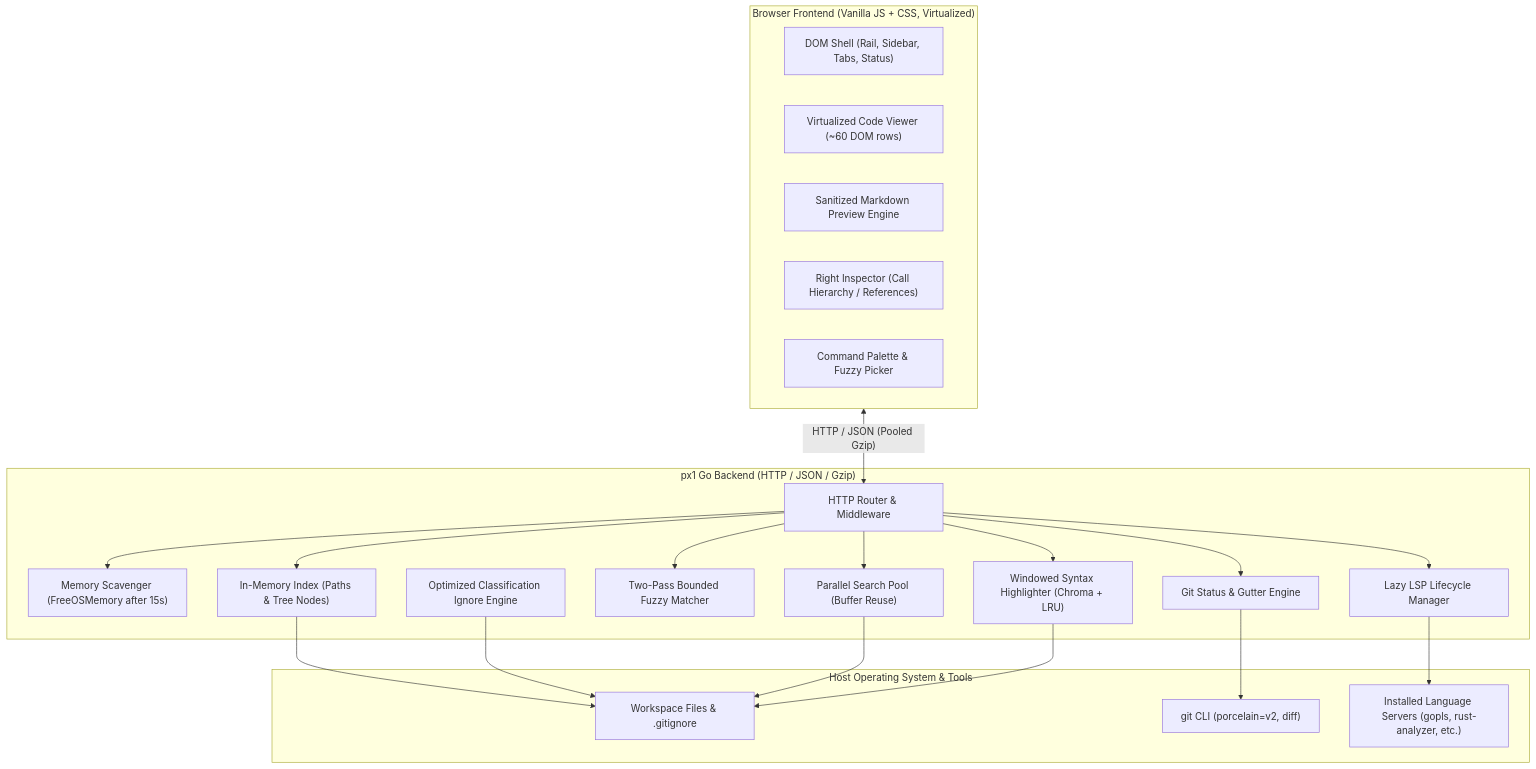
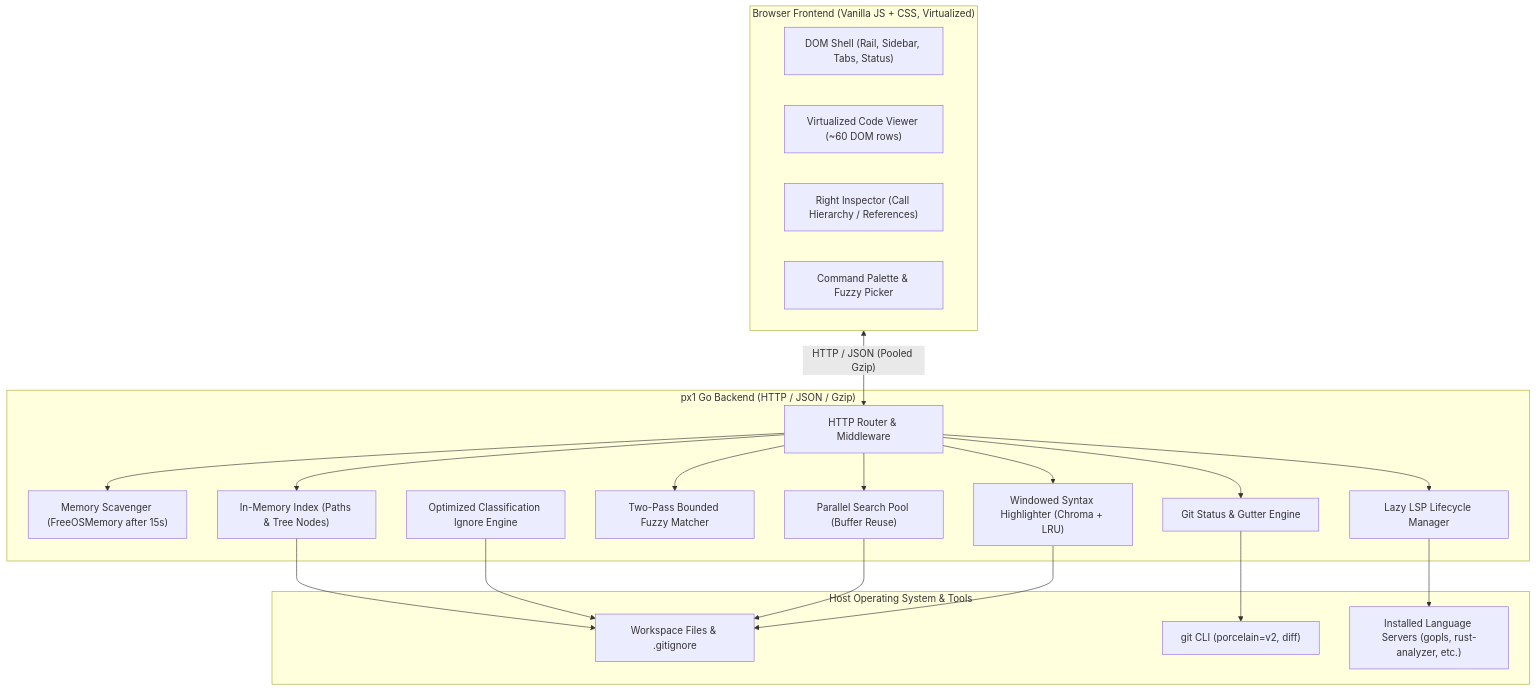
One commit to kedarvartak/px1 changed the diagram in docs/internals/README.md. Above: the diagram before and after it, drawn with Mermaid. The commit also changed other lines of this file and 26 other files, not shown here.

Commit message:
Remove Markdown preview from review surface

````diff
--- a/docs/internals/README.md
+++ b/docs/internals/README.md
@@ -9,44 +9,43 @@
 ```mermaid
 flowchart TD
     subgraph Client ["Browser Frontend (Vanilla JS + CSS, Virtualized)"]
         UI["DOM Shell (Rail, Sidebar, Tabs, Status)"]
         VirtEditor["Virtualized Code Viewer (~60 DOM rows)"]
-        MDViewer["Sanitized Markdown Preview Engine"]
         Inspector["Right Inspector (Call Hierarchy / References)"]
         Palette["Command Palette & Fuzzy Picker"]
     end
 
     subgraph GoServer ["px1 Go Backend (HTTP / JSON / Gzip)"]
         Router["HTTP Router & Middleware"]
         Scavenger["Memory Scavenger (FreeOSMemory after 15s)"]
         IndexEngine["In-Memory Index (Paths & Tree Nodes)"]
         IgnoreEngine["Optimized Classification Ignore Engine"]
         FuzzyEngine["Two-Pass Bounded Fuzzy Matcher"]
         SearchEngine["Parallel Search Pool (Buffer Reuse)"]
         HLEngine["Windowed Syntax Highlighter (Chroma + LRU)"]
         LSPMgr["Lazy LSP Lifecycle Manager"]
         GitEngine["Git Status & Gutter Engine"]
     end
 
     subgraph HostFS ["Host Operating System & Tools"]
         FS["Workspace Files & .gitignore"]
         GitCLI["git CLI (porcelain=v2, diff)"]
         LSPBinaries["Installed Language Servers (gopls, rust-analyzer, etc.)"]
     end
 
     Client <-->|"HTTP / JSON (Pooled Gzip)"| Router
     Router --> IndexEngine
     Router --> SearchEngine
     Router --> FuzzyEngine
     Router --> HLEngine
     Router --> LSPMgr
     Router --> GitEngine
     Router --> Scavenger
 
     IndexEngine --> FS
     IgnoreEngine --> FS
     SearchEngine --> FS
     HLEngine --> FS
     GitEngine --> GitCLI
     LSPMgr --> LSPBinaries
 ```
````
